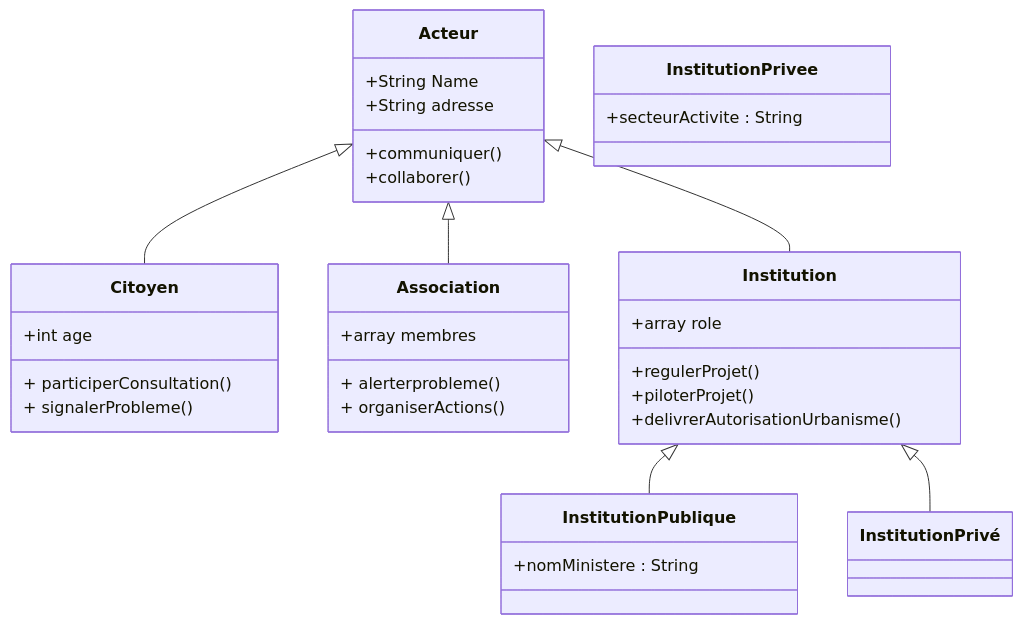
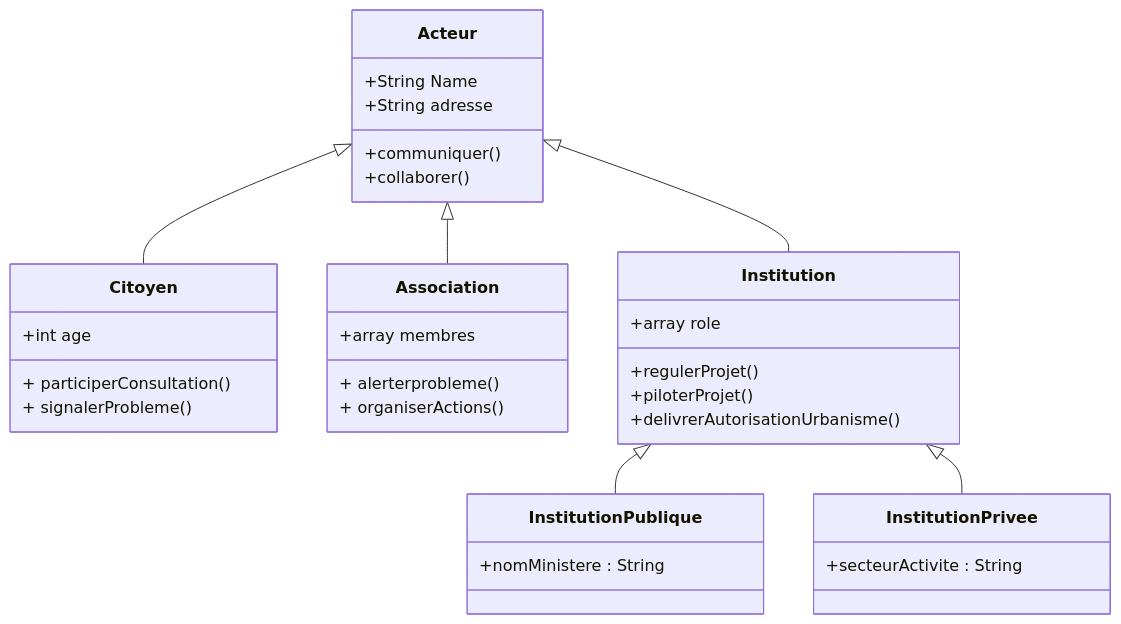
The diagram in acteursDoudousml.md (kahiarchi/plaine---saint--Denis---batiment-), drawn with Mermaid before and after one commit.

````diff
--- a/acteursDoudousml.md
+++ b/acteursDoudousml.md
@@ -1,36 +1,36 @@
 ```mermaid
 classDiagram
     Acteur <|-- Citoyen
     Acteur <|-- Association
     Acteur <|-- Institution
     Institution <|-- InstitutionPublique
-    Institution <|-- InstitutionPrivé
+    Institution <|-- InstitutionPrivee
     Acteur : +String Name
     Acteur : +String adresse
     Acteur: +communiquer()
     Acteur: +collaborer()
     class Citoyen{
       +int age
       + participerConsultation()
       + signalerProbleme()
     }
 class Institution {
         +array role
         +regulerProjet()
         +piloterProjet()
         +delivrerAutorisationUrbanisme()
     }
     class Association{
 
     +array membres 
     + alerterprobleme()
     + organiserActions()
     }
      class InstitutionPublique {
       +nomMinistere : String
     }
 
     class InstitutionPrivee {
       +secteurActivite : String
     }
 ```
````
